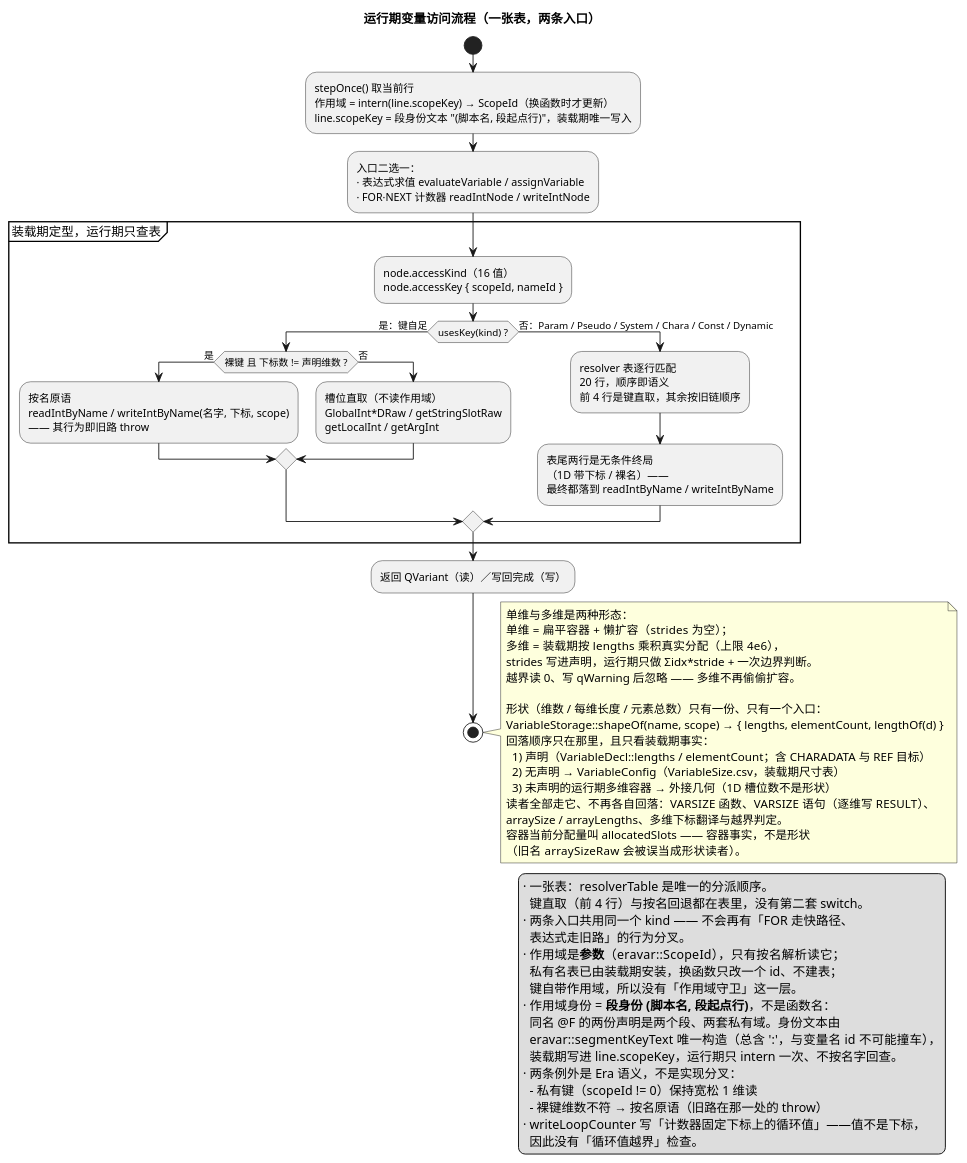
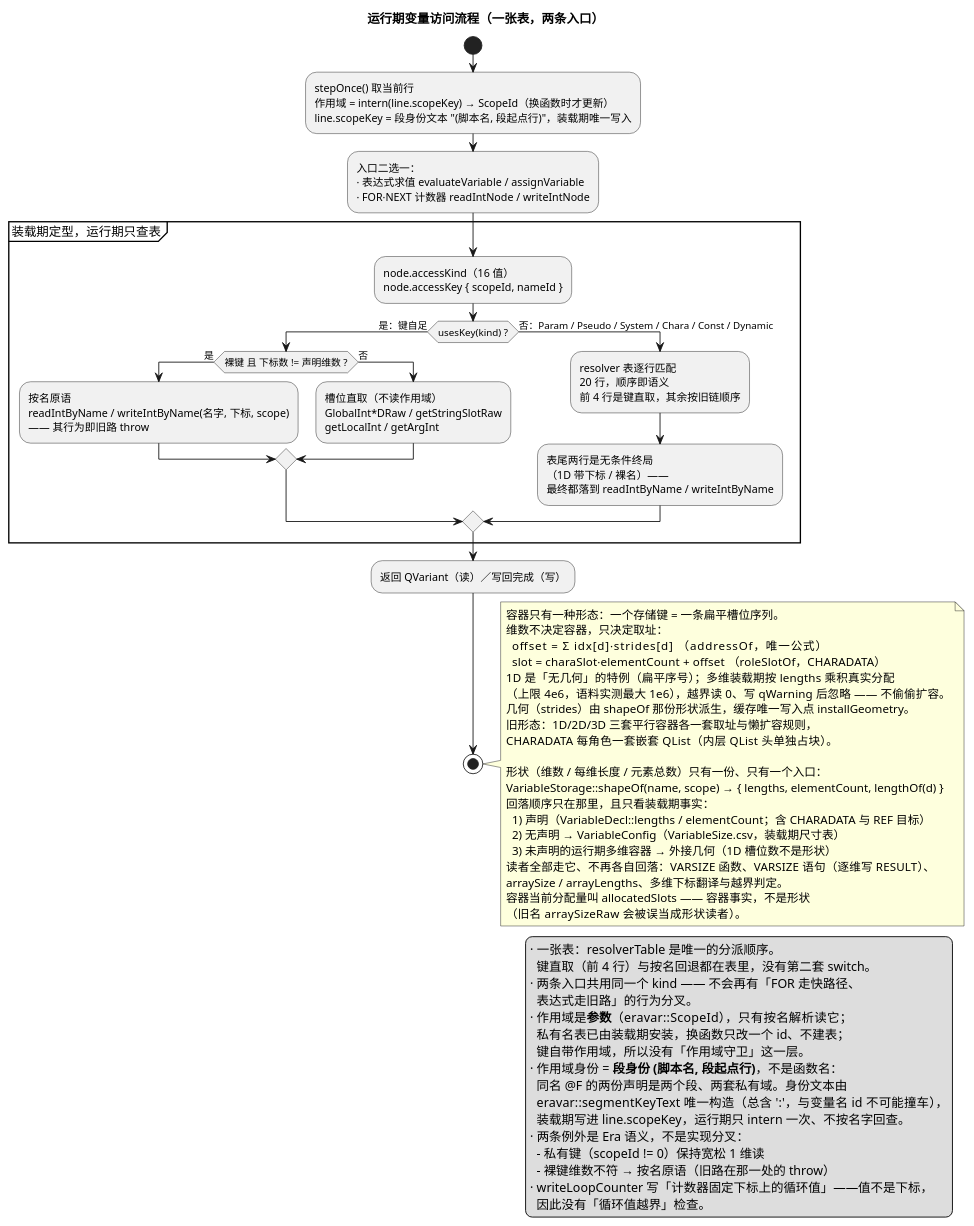
The diagram in docs/uml/05-variable-access.puml (yigekuyou/qt-eraemu), drawn with PlantUML before and after one commit. The commit also changed 2 other files, not shown here.

Commit message:
docs/uml 同步：容器只有一种形态（一个键一条扁平槽位序列）
- 03：VariableStorage 容器清单改为 m_intSlots/m_strSlots、m_charaIntSlots/m_charaStrSlots、
  m_csvIntSlots/m_csvStrSlots + 几何缓存；补 addressOf / roleSlotOf 两条唯一公式。
- 05：单维/多维「两种形态」改写为「一种形态 + 维数只决定取址」，记旧形态的三套容器与
  CHARADATA 嵌套 QList；记 1D 浪费率收敛与 CHARADATA 稀疏 × stride 的代价。
- README：累计 34 → 35，ctest 60 → 61（新增 test_storage_form），同一处记账内存取舍。

```diff
--- a/docs/uml/05-variable-access.puml
+++ b/docs/uml/05-variable-access.puml
@@ -1,79 +1,83 @@
 @startuml 05-variable-access
 ' 无 graphviz(dot) 时用 PlantUML 内置 smetana 布局引擎
 !pragma layout smetana
 ' 竖直排列 if/elseif，避免横向漂移（旧版本忽略此行也能渲染）
 !pragma useVerticalIf on
 ' emuera —— 运行期变量访问：两条入口 → 一张表 → 唯一按名原语
 ' 渲染：plantuml -tpng docs/uml/05-variable-access.puml
 title 运行期变量访问流程（一张表，两条入口）
 
 start
 :stepOnce() 取当前行
 作用域 = intern(line.scopeKey) → ScopeId（换函数时才更新）
 line.scopeKey = 段身份文本 "(脚本名, 段起点行)"，装载期唯一写入;
 :入口二选一：
 · 表达式求值 evaluateVariable / assignVariable
 · FOR·NEXT 计数器 readIntNode / writeIntNode;
 
 partition "装载期定型，运行期只查表" {
   :node.accessKind（16 值）
   node.accessKey { scopeId, nameId };
   if (usesKey(kind) ?) then (是：键自足)
     if (裸键 且 下标数 != 声明维数 ?) then (是)
       :按名原语
       readIntByName / writeIntByName(名字, 下标, scope)
       —— 其行为即旧路 throw;
     else (否)
       :槽位直取（不读作用域）
       GlobalInt*DRaw / getStringSlotRaw
       getLocalInt / getArgInt;
     endif
   else (否：Param / Pseudo / System / Chara / Const / Dynamic)
     :resolver 表逐行匹配
     20 行，顺序即语义
     前 4 行是键直取，其余按旧链顺序;
     :表尾两行是无条件终局
     （1D 带下标 / 裸名）——
     最终都落到 readIntByName / writeIntByName;
   endif
 }
 :返回 QVariant（读）／写回完成（写）;
 stop
 
 legend right
   · 一张表：resolverTable 是唯一的分派顺序。
     键直取（前 4 行）与按名回退都在表里，没有第二套 switch。
   · 两条入口共用同一个 kind —— 不会再有「FOR 走快路径、
     表达式走旧路」的行为分叉。
   · 作用域是**参数**（eravar::ScopeId），只有按名解析读它；
     私有名表已由装载期安装，换函数只改一个 id、不建表；
     键自带作用域，所以没有「作用域守卫」这一层。
   · 作用域身份 = **段身份 (脚本名, 段起点行)**，不是函数名：
     同名 @F 的两份声明是两个段、两套私有域。身份文本由
     eravar::segmentKeyText 唯一构造（总含 ':'，与变量名 id 不可能撞车），
     装载期写进 line.scopeKey，运行期只 intern 一次、不按名字回查。
   · 两条例外是 Era 语义，不是实现分叉：
     - 私有键（scopeId != 0）保持宽松 1 维读
     - 裸键维数不符 → 按名原语（旧路在那一处的 throw）
   · writeLoopCounter 写「计数器固定下标上的循环值」——值不是下标，
     因此没有「循环值越界」检查。
 endlegend
 note right
-  单维与多维是两种形态：
-  单维 = 扁平容器 + 懒扩容（strides 为空）；
-  多维 = 装载期按 lengths 乘积真实分配（上限 4e6），
-  strides 写进声明，运行期只做 Σidx*stride + 一次边界判断。
-  越界读 0、写 qWarning 后忽略 —— 多维不再偷偷扩容。
+  容器只有一种形态：一个存储键 = 一条扁平槽位序列。
+  维数不决定容器，只决定取址：
+    offset = Σ idx[d]·strides[d]             （addressOf，唯一公式）
+    slot   = charaSlot·elementCount + offset （roleSlotOf，CHARADATA）
+  1D 是「无几何」的特例（扁平序号）；多维装载期按 lengths 乘积真实分配
+  （上限 4e6，语料实测最大 1e6），越界读 0、写 qWarning 后忽略 —— 不偷偷扩容。
+  几何（strides）由 shapeOf 那份形状派生，缓存唯一写入点 installGeometry。
+  旧形态：1D/2D/3D 三套平行容器各一套取址与懒扩容规则，
+  CHARADATA 每角色一套嵌套 QList（内层 QList 头单独占块）。
 
   形状（维数 / 每维长度 / 元素总数）只有一份、只有一个入口：
   VariableStorage::shapeOf(name, scope) → { lengths, elementCount, lengthOf(d) }
   回落顺序只在那里，且只看装载期事实：
     1) 声明（VariableDecl::lengths / elementCount；含 CHARADATA 与 REF 目标）
     2) 无声明 → VariableConfig（VariableSize.csv，装载期尺寸表）
     3) 未声明的运行期多维容器 → 外接几何（1D 槽位数不是形状）
   读者全部走它、不再各自回落：VARSIZE 函数、VARSIZE 语句（逐维写 RESULT）、
   arraySize / arrayLengths、多维下标翻译与越界判定。
   容器当前分配量叫 allocatedSlots —— 容器事实，不是形状
   （旧名 arraySizeRaw 会被误当成形状读者）。
 end note
 @enduml
```
